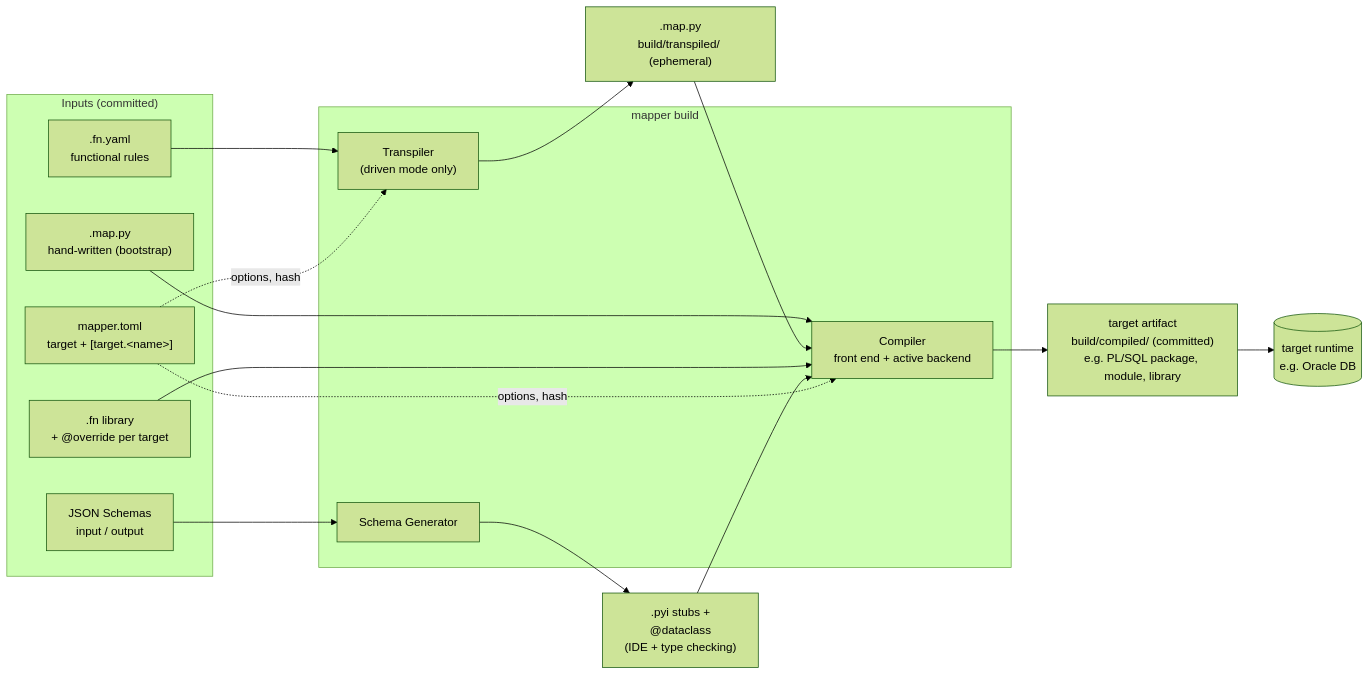
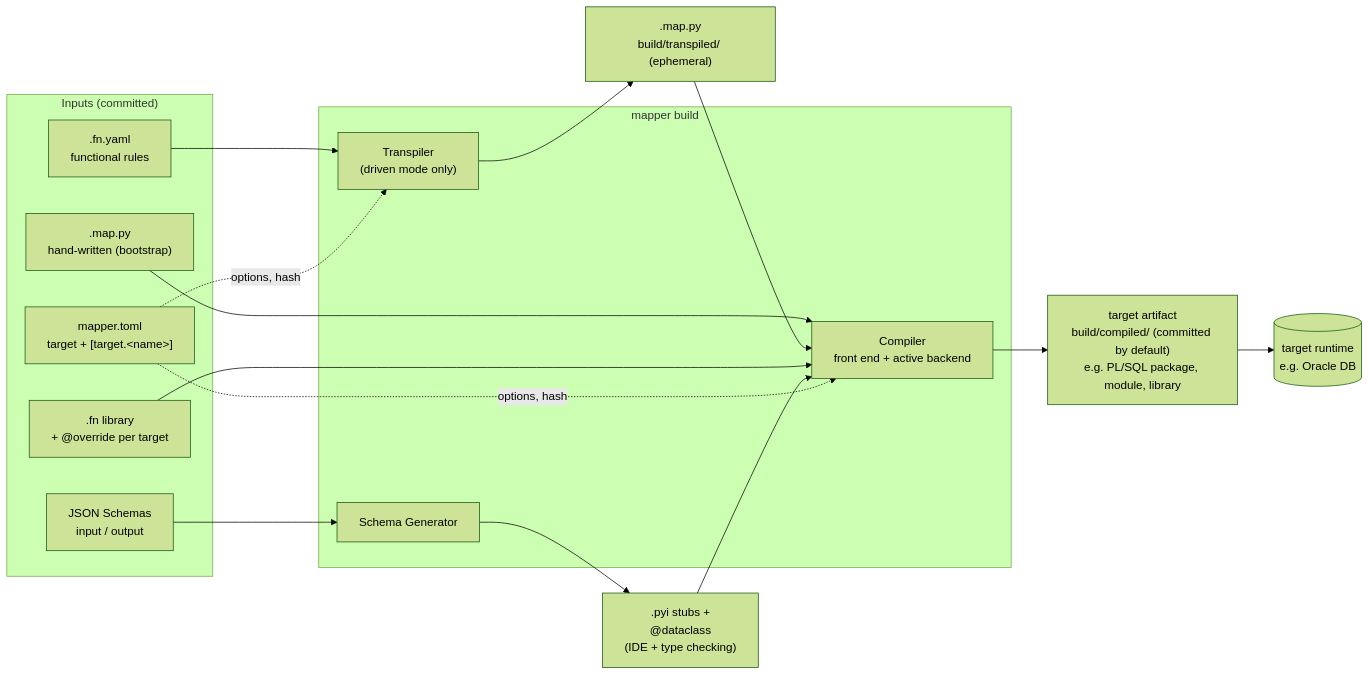
One commit to elegos/json2json-mapping-engine changed the first of 7 diagrams in docs/ARCHITECTURE.md. Above: the diagram before and after it, drawn with Mermaid (forest theme). The commit also changed other lines of this file and 1 other file, not shown here.

Commit message:
M6.3 plan: rule-level merge engine and driver, git mode with manifest.json and portable CLI, shared-folder mode, mapper publish; ARCHITECTURE aligned

````diff
--- a/docs/ARCHITECTURE.md
+++ b/docs/ARCHITECTURE.md
@@ -33,27 +33,27 @@
 ```mermaid
 flowchart LR
     subgraph inputs["Inputs (committed)"]
         FNY[".fn.yaml<br/>functional rules"]
         MAPPY_H[".map.py<br/>hand-written (bootstrap)"]
         FN[".fn library<br/>+ @override per target"]
         SCH["JSON Schemas<br/>input / output"]
         TOML["mapper.toml<br/>target + [target.&lt;name&gt;]"]
     end
 
     subgraph build["mapper build"]
         TR["Transpiler<br/>(driven mode only)"]
         GEN["Schema Generator"]
         COMP["Compiler<br/>front end + active backend"]
     end
 
     FNY --> TR --> MAPPY_G[".map.py<br/>build/transpiled/ (ephemeral)"]
     SCH --> GEN --> STUBS[".pyi stubs +<br/>@dataclass<br/>(IDE + type checking)"]
     MAPPY_H --> COMP
     MAPPY_G --> COMP
     FN --> COMP
     STUBS --> COMP
     TOML -.->|options, hash| TR
     TOML -.->|options, hash| COMP
-    COMP --> ART["target artifact<br/>build/compiled/ (committed)<br/>e.g. PL/SQL package, module, library"]
+    COMP --> ART["target artifact<br/>build/compiled/ (committed by default)<br/>e.g. PL/SQL package, module, library"]
     ART --> DEPLOY[("target runtime<br/>e.g. Oracle DB")]
 ```
````
